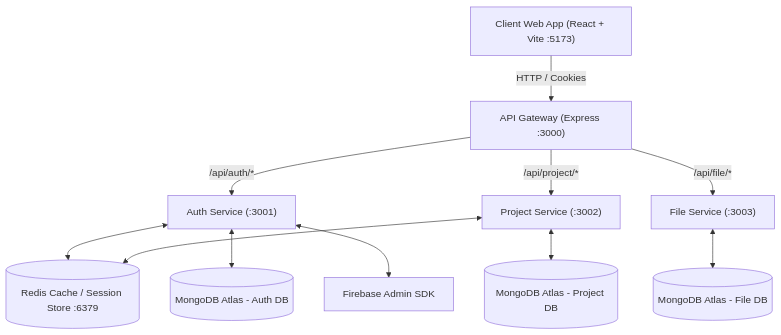
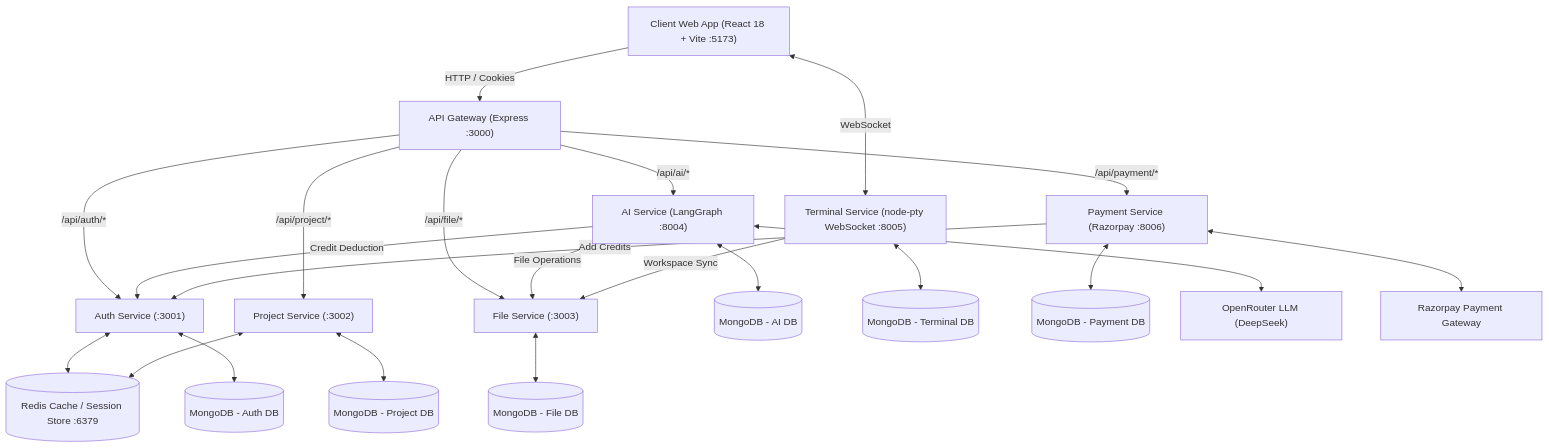
One commit to parvezs2442/AI_Code_Editor changed the diagram in README.md. Above: the diagram before and after it, drawn with Mermaid. The commit also changed other lines of this file, not shown here.

Commit message:
docs: update README with full microservices architecture, AI, terminal, and payment setup

````diff
--- a/README.md
+++ b/README.md
@@ -40,27 +43,46 @@
 ```mermaid
 flowchart TD
-    Client["Client Web App (React + Vite :5173)"]
+    Client["Client Web App (React 18 + Vite :5173)"]
     Gateway["API Gateway (Express :3000)"]
     AuthSvc["Auth Service (:3001)"]
     ProjectSvc["Project Service (:3002)"]
     FileSvc["File Service (:3003)"]
+    AiSvc["AI Service (LangGraph :8004)"]
+    TerminalSvc["Terminal Service (node-pty WebSocket :8005)"]
+    PaymentSvc["Payment Service (Razorpay :8006)"]
     Redis[("Redis Cache / Session Store :6379")]
-    MongoAuth[("MongoDB Atlas - Auth DB")]
-    MongoProj[("MongoDB Atlas - Project DB")]
-    MongoFile[("MongoDB Atlas - File DB")]
-    Firebase["Firebase Admin SDK"]
+    MongoAuth[("MongoDB - Auth DB")]
+    MongoProj[("MongoDB - Project DB")]
+    MongoFile[("MongoDB - File DB")]
+    MongoAi[("MongoDB - AI DB")]
+    MongoTerm[("MongoDB - Terminal DB")]
+    MongoPay[("MongoDB - Payment DB")]
+    OpenRouter["OpenRouter LLM (DeepSeek)"]
+    Razorpay["Razorpay Payment Gateway"]
 
     Client -->|HTTP / Cookies| Gateway
+    Client <-->|WebSocket| TerminalSvc
     Gateway -->|/api/auth/*| AuthSvc
     Gateway -->|/api/project/*| ProjectSvc
     Gateway -->|/api/file/*| FileSvc
+    Gateway -->|/api/ai/*| AiSvc
+    Gateway -->|/api/payment/*| PaymentSvc
 
     AuthSvc <--> Redis
     AuthSvc <--> MongoAuth
-    AuthSvc <--> Firebase
-
     ProjectSvc <--> Redis
     ProjectSvc <--> MongoProj
+    FileSvc <--> MongoFile
 
-    FileSvc <--> MongoFile
+    AiSvc <--> MongoAi
+    AiSvc <--> OpenRouter
+    AiSvc -->|File Operations| FileSvc
+    AiSvc -->|Credit Deduction| AuthSvc
+
+    TerminalSvc <--> MongoTerm
+    TerminalSvc -->|Workspace Sync| FileSvc
+
+    PaymentSvc <--> MongoPay
+    PaymentSvc <--> Razorpay
+    PaymentSvc -->|Add Credits| AuthSvc
 ```
````
